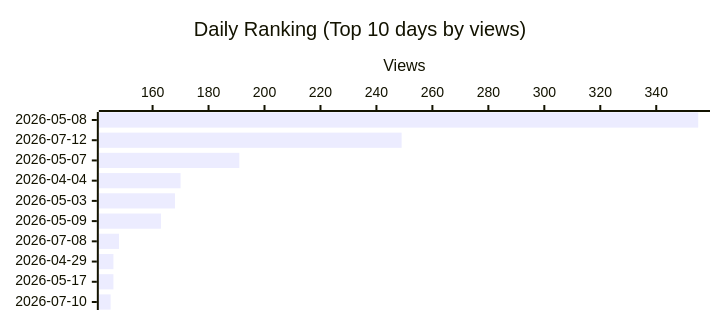
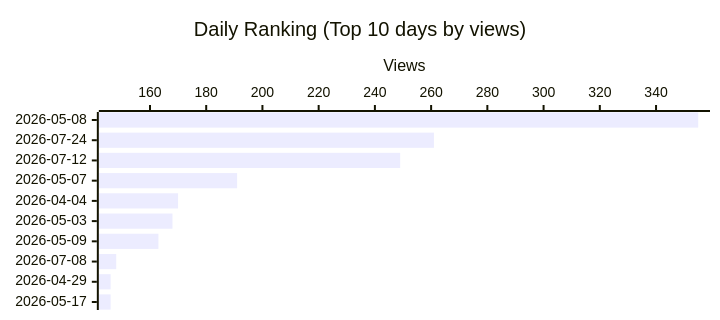
Before and after one commit to shigechika/github-insights: the third of 4 diagrams in README.md, drawn with Mermaid. The commit also changed other lines of this file and 2 other files, not shown here.

````diff
--- a/README.md
+++ b/README.md
@@ -43,12 +43,12 @@
 ```mermaid
 ---
 config:
   xyChart:
     height: 300
 ---
 xychart-beta horizontal
     title "Daily Ranking (Top 10 days by views)"
-    x-axis ["2026-05-08", "2026-07-12", "2026-05-07", "2026-04-04", "2026-05-03", "2026-05-09", "2026-07-08", "2026-04-29", "2026-05-17", "2026-07-10"]
+    x-axis ["2026-05-08", "2026-07-24", "2026-07-12", "2026-05-07", "2026-04-04", "2026-05-03", "2026-05-09", "2026-07-08", "2026-04-29", "2026-05-17"]
     y-axis "Views"
-    bar [355, 249, 191, 170, 168, 163, 148, 146, 146, 145]
+    bar [355, 261, 249, 191, 170, 168, 163, 148, 146, 146]
 ```
````
